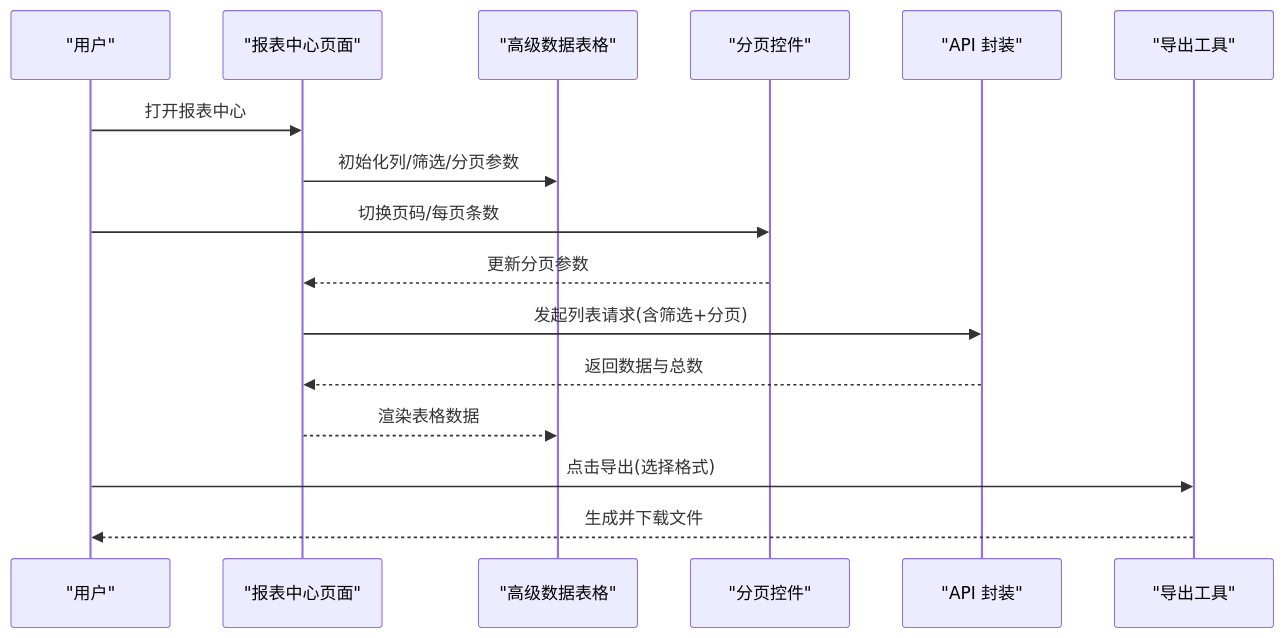
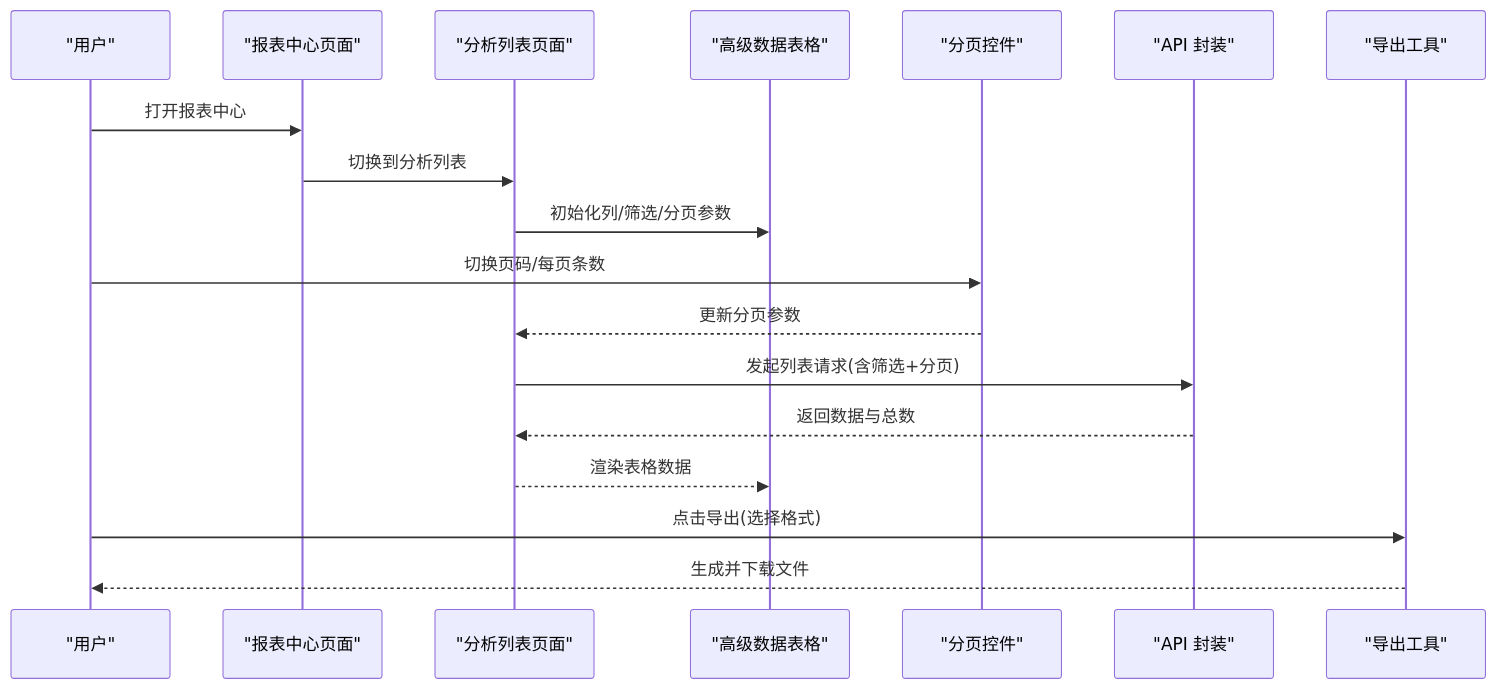
The second of 3 diagrams in .qoder/repowiki/zh/content/页面组件/报表中心页面.md (Damao997/newproject), drawn with Mermaid before and after one commit. The commit also changed other lines of this file and 40 other files, not shown here.

First line of the commit message:
feat(dashboard/inventory): 仪表板与存货模块真实数据接入及图表卡片拆分

````diff
--- a/.qoder/repowiki/zh/content/页面组件/报表中心页面.md
+++ b/.qoder/repowiki/zh/content/页面组件/报表中心页面.md
@@ -103,18 +123,20 @@
 ```mermaid
 sequenceDiagram
 participant U as "用户"
 participant P as "报表中心页面"
+participant L as "分析列表页面"
 participant T as "高级数据表格"
 participant PG as "分页控件"
 participant API as "API 封装"
 participant EXP as "导出工具"
 U->>P : 打开报表中心
-P->>T : 初始化列/筛选/分页参数
+P->>L : 切换到分析列表
+L->>T : 初始化列/筛选/分页参数
 U->>PG : 切换页码/每页条数
-PG-->>P : 更新分页参数
-P->>API : 发起列表请求(含筛选+分页)
-API-->>P : 返回数据与总数
-P-->>T : 渲染表格数据
+PG-->>L : 更新分页参数
+L->>API : 发起列表请求(含筛选+分页)
+API-->>L : 返回数据与总数
+L-->>T : 渲染表格数据
 U->>EXP : 点击导出(选择格式)
 EXP-->>U : 生成并下载文件
 ```
````
